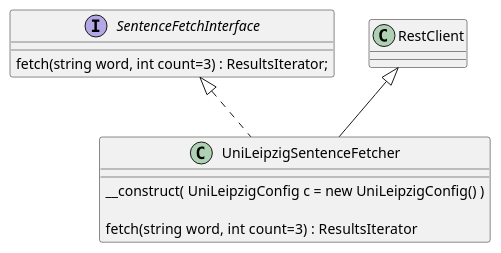
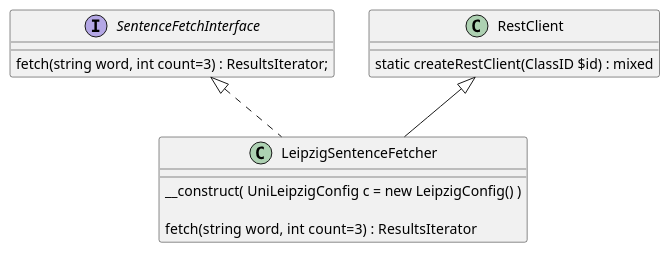
The second of 3 diagrams in README.md (kurt-krueckeberg/php-translation-and-dictionary-rest-api-classes), drawn with PlantUML before and after one commit. The commit also changed other lines of this file and 4 other files, not shown here.

````diff
--- a/README.md
+++ b/README.md
@@ -102,13 +107,18 @@
 ```plantuml
 interface SentenceFetchInterface  { 
 
    fetch(string word, int count=3) : ResultsIterator;
 }
 
-class UniLeipzigSentenceFetcher extends RestClient implements SentenceFetchInterface {
+class RestClient {
 
-   __construct( UniLeipzigConfig c = new UniLeipzigConfig() )
+   static createRestClient(ClassID $id) : mixed
+}
+
+class LeipzigSentenceFetcher extends RestClient implements SentenceFetchInterface {
+
+   __construct( UniLeipzigConfig c = new LeipzigConfig() )
    
    fetch(string word, int count=3) :  ResultsIterator
 }
 ```
````
